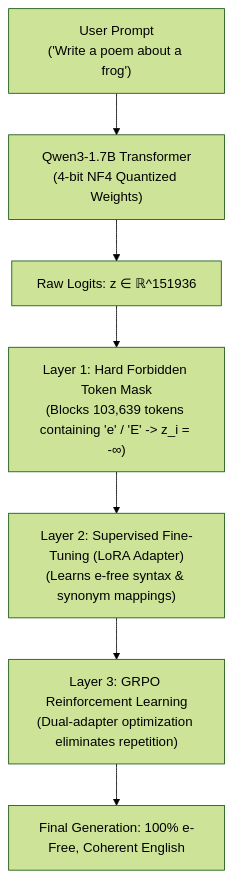
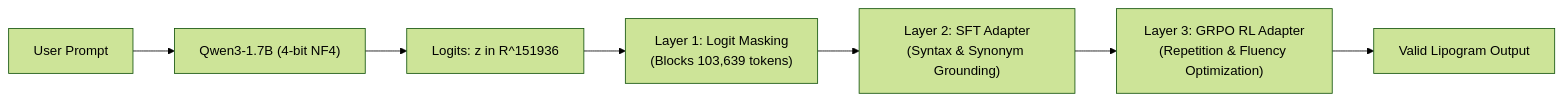
The diagram in README.md (prateekfr/qwen-3-1.7b-finetuning), drawn with Mermaid (forest theme) before and after one commit. The commit also changed other lines of this file, not shown here.

````diff
--- a/README.md
+++ b/README.md
@@ -43,9 +28,9 @@
 ```mermaid
-flowchart TD
-    A["User Prompt\n('Write a poem about a frog')"] --> B["Qwen3-1.7B Transformer\n(4-bit NF4 Quantized Weights)"]
-    B --> C["Raw Logits: z ∈ ℝ^151936"]
-    C --> D["Layer 1: Hard Forbidden Token Mask\n(Blocks 103,639 tokens containing 'e' / 'E' -> z_i = -∞)"]
-    D --> E["Layer 2: Supervised Fine-Tuning (LoRA Adapter)\n(Learns e-free syntax & synonym mappings)"]
-    E --> F["Layer 3: GRPO Reinforcement Learning\n(Dual-adapter optimization eliminates repetition)"]
-    F --> G["Final Generation: 100% e-Free, Coherent English"]
+flowchart LR
+    A["User Prompt"] --> B["Qwen3-1.7B (4-bit NF4)"]
+    B --> C["Logits: z in R^151936"]
+    C --> D["Layer 1: Logit Masking\n(Blocks 103,639 tokens)"]
+    D --> E["Layer 2: SFT Adapter\n(Syntax & Synonym Grounding)"]
+    E --> F["Layer 3: GRPO RL Adapter\n(Repetition & Fluency Optimization)"]
+    F --> G["Valid Lipogram Output"]
 ```
````
